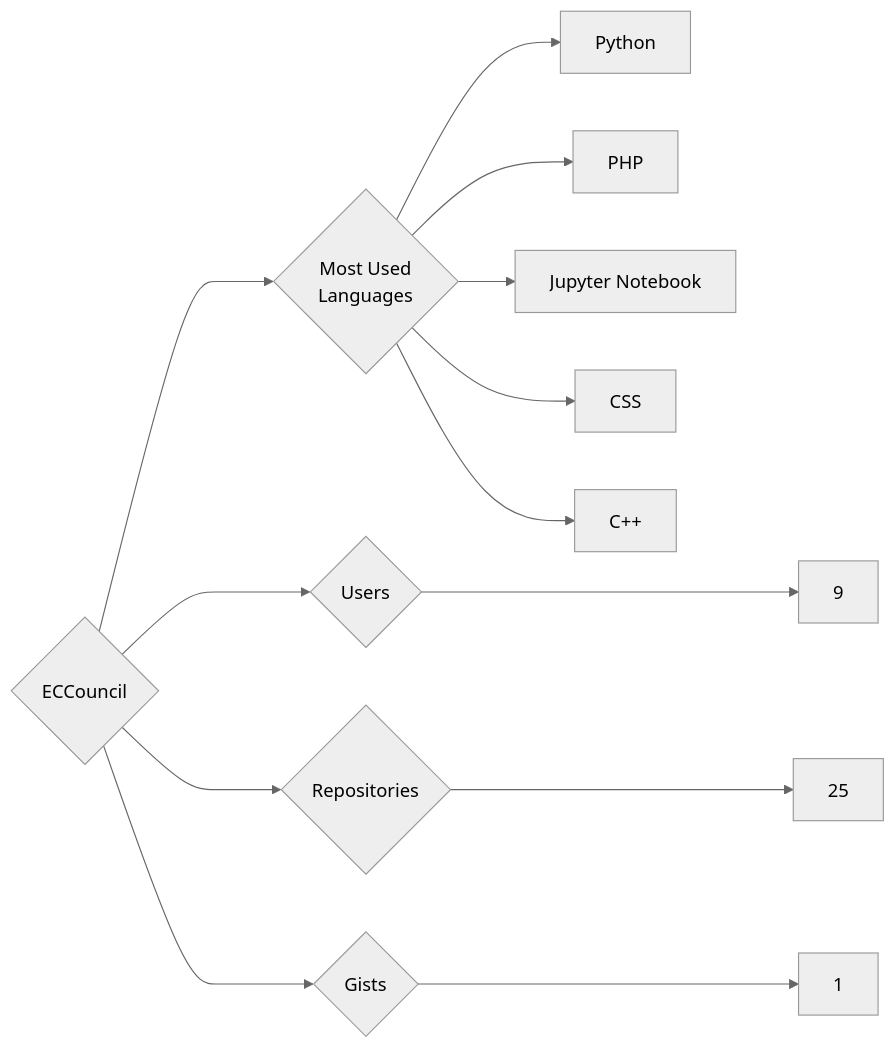
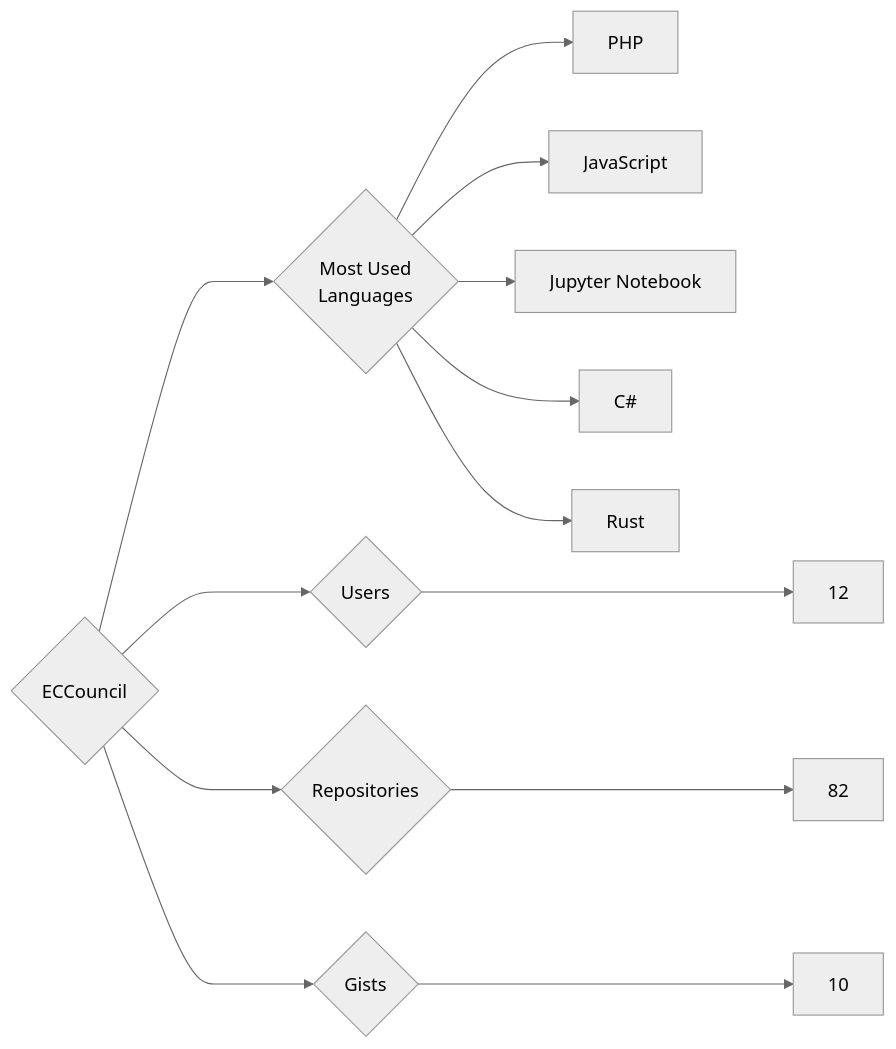
The diagram in targets/ECCouncil/README.md (trickest/insiders), drawn with Mermaid (neutral theme) before and after one commit. The commit also changed 860 other files, not shown here.

````diff
--- a/targets/ECCouncil/README.md
+++ b/targets/ECCouncil/README.md
@@ -3,13 +3,13 @@
 ```mermaid
 graph LR
 COMPANY_NAME{ECCouncil}
-COMPANY_NAME ---> U{Users} ---> UN[9]
-COMPANY_NAME ---> R{Repositories} ---> RN[25]
-COMPANY_NAME ---> G{Gists} ---> GN[1]
+COMPANY_NAME ---> U{Users} ---> UN[12]
+COMPANY_NAME ---> R{Repositories} ---> RN[82]
+COMPANY_NAME ---> G{Gists} ---> GN[10]
 COMPANY_NAME ---> ML{Most Used<br>Languages}
-ML --> Python[Python]
 ML --> PHP[PHP]
+ML --> JavaScript[JavaScript]
 ML --> Jupyter_Notebook[Jupyter Notebook]
-ML --> CSS[CSS]
-ML --> C++[C++]
+ML --> C#[C#]
+ML --> Rust[Rust]
 ```
````
